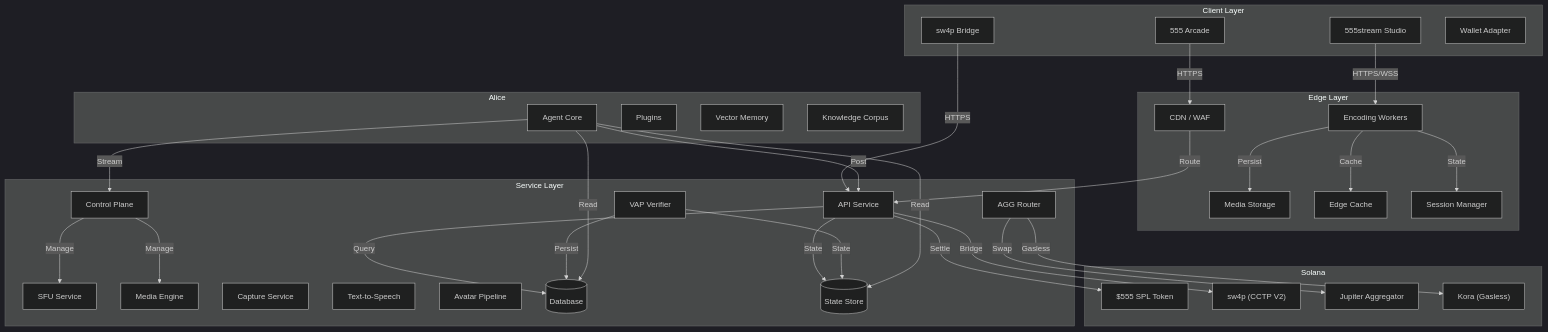
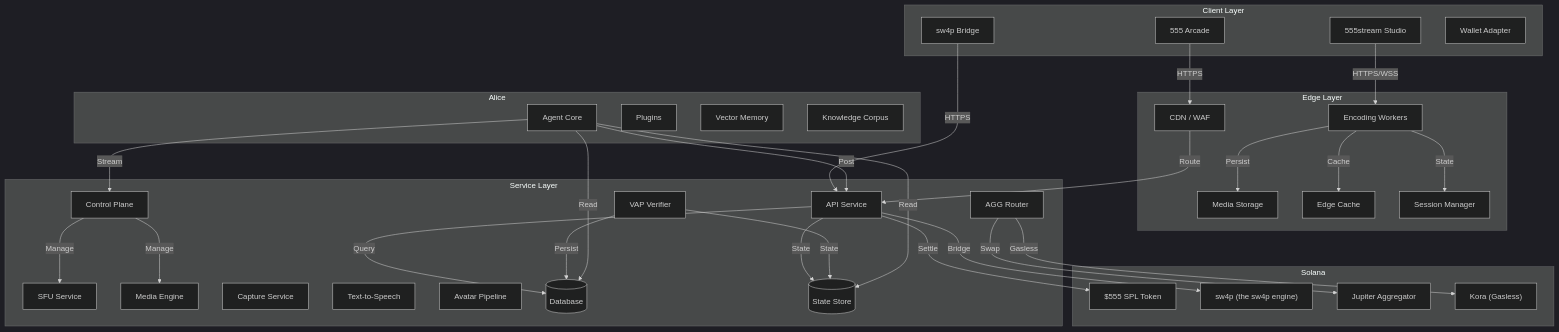
One commit to Render-Network-OS/docs changed the diagram in architecture/system-map.mdx. Above: the diagram before and after it, drawn with Mermaid (dark theme). The commit also changed other lines of this file and 59 other files, not shown here.

````diff
--- a/architecture/system-map.mdx
+++ b/architecture/system-map.mdx
@@ -15,76 +15,76 @@
 ```mermaid
 graph TD
     subgraph Client ["Client Layer"]
         Arcade["555 Arcade"]
         Stream["555stream Studio"]
         SW4P_UI["sw4p Bridge"]
         Wallet["Wallet Adapter"]
     end
 
     subgraph Edge ["Edge Layer"]
         Encoding["Encoding Workers"]
         Storage["Media Storage"]
         Cache["Edge Cache"]
         Sessions["Session Manager"]
         CDN["CDN / WAF"]
     end
 
     subgraph Backend ["Service Layer"]
         API["API Service"]
         VAP_Svc["VAP Verifier"]
         AGG_Svc["AGG Router"]
         CtrlPlane["Control Plane"]
         SFU["SFU Service"]
         MediaEngine["Media Engine"]
         Capture["Capture Service"]
         TTS["Text-to-Speech"]
         Avatar["Avatar Pipeline"]
         DB[("Database")]
         StateStore[("State Store")]
     end
 
     subgraph Agent ["Alice"]
         AliceBot["Agent Core"]
         Plugins["Plugins"]
         VectorDB["Vector Memory"]
         Knowledge["Knowledge Corpus"]
     end
 
     subgraph Blockchain ["Solana"]
         Token["$555 SPL Token"]
-        SW4P_Bridge["sw4p (CCTP V2)"]
+        SW4P_Bridge["sw4p (the sw4p engine)"]
         Jupiter["Jupiter Aggregator"]
         Kora["Kora (Gasless)"]
     end
 
     %% Client connections
     Arcade -->|HTTPS| CDN
     Stream -->|HTTPS/WSS| Encoding
     SW4P_UI -->|HTTPS| API
 
     %% Edge connections
     CDN -->|Route| API
     Encoding -->|Persist| Storage
     Encoding -->|Cache| Cache
     Encoding -->|State| Sessions
 
     %% Backend connections
     API -->|Query| DB
     API -->|State| StateStore
     VAP_Svc -->|State| StateStore
     VAP_Svc -->|Persist| DB
     CtrlPlane -->|Manage| SFU
     CtrlPlane -->|Manage| MediaEngine
 
     %% Agent connections
     AliceBot -->|Read| DB
     AliceBot -->|Read| StateStore
     AliceBot -->|Post| API
     AliceBot -->|Stream| CtrlPlane
 
     %% Blockchain connections
     API -->|Settle| Token
     API -->|Bridge| SW4P_Bridge
     AGG_Svc -->|Swap| Jupiter
     AGG_Svc -->|Gasless| Kora
 ```
````
